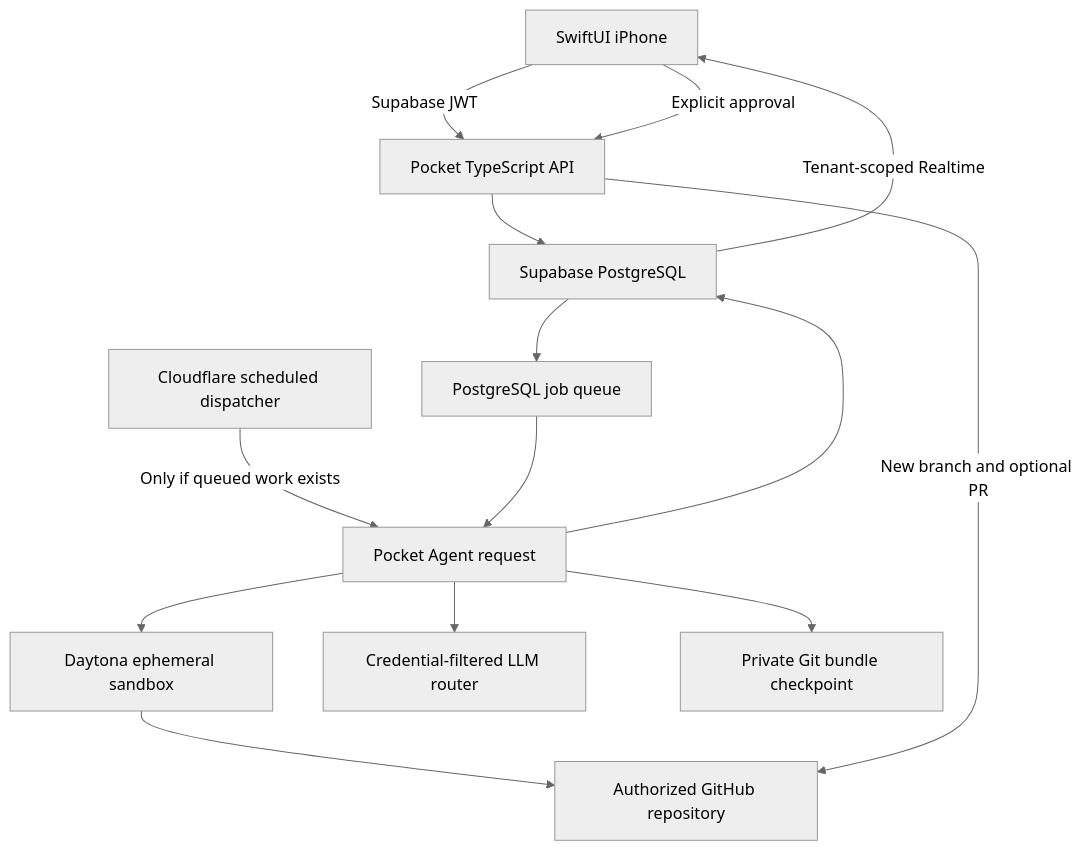
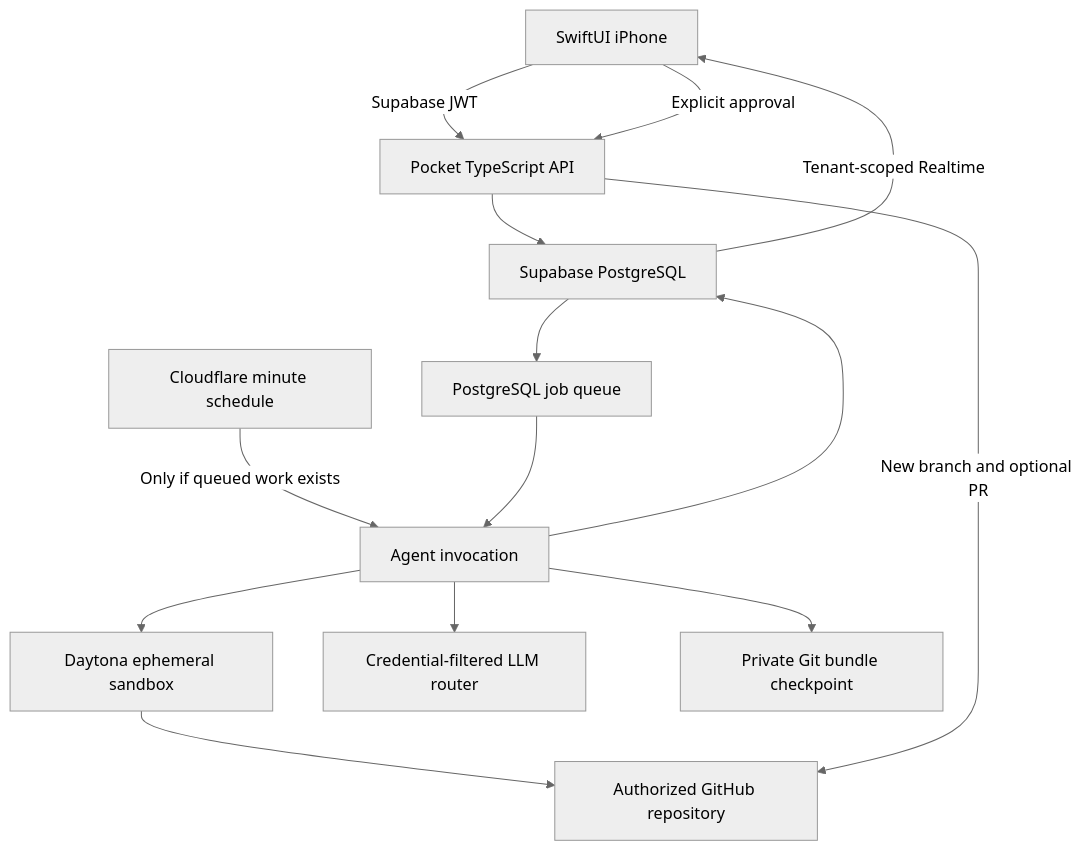
The diagram in docs/architecture.md (crbzzz/Pocket), drawn with Mermaid (neutral theme) before and after one commit. The commit also changed other lines of this file and 66 other files, not shown here.

````diff
--- a/docs/architecture.md
+++ b/docs/architecture.md
@@ -5,16 +5,16 @@
 ```mermaid
 flowchart TD
   A[SwiftUI iPhone] -->|Supabase JWT| B[Pocket TypeScript API]
   B --> C[Supabase PostgreSQL]
   C --> Q[PostgreSQL job queue]
-  D[Cloudflare scheduled dispatcher] -->|Only if queued work exists| W[Pocket Agent request]
+  D[Cloudflare minute schedule] -->|Only if queued work exists| W[Agent invocation]
   Q --> W
   W --> S[Daytona ephemeral sandbox]
   S --> G[Authorized GitHub repository]
   W --> L[Credential-filtered LLM router]
   W --> P[Private Git bundle checkpoint]
   W --> C
   C -->|Tenant-scoped Realtime| A
   A -->|Explicit approval| B
   B -->|New branch and optional PR| G
 ```
````
